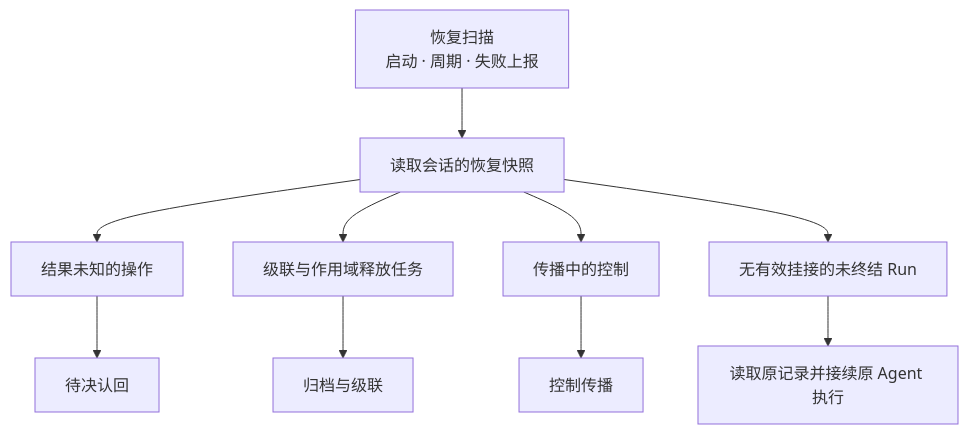
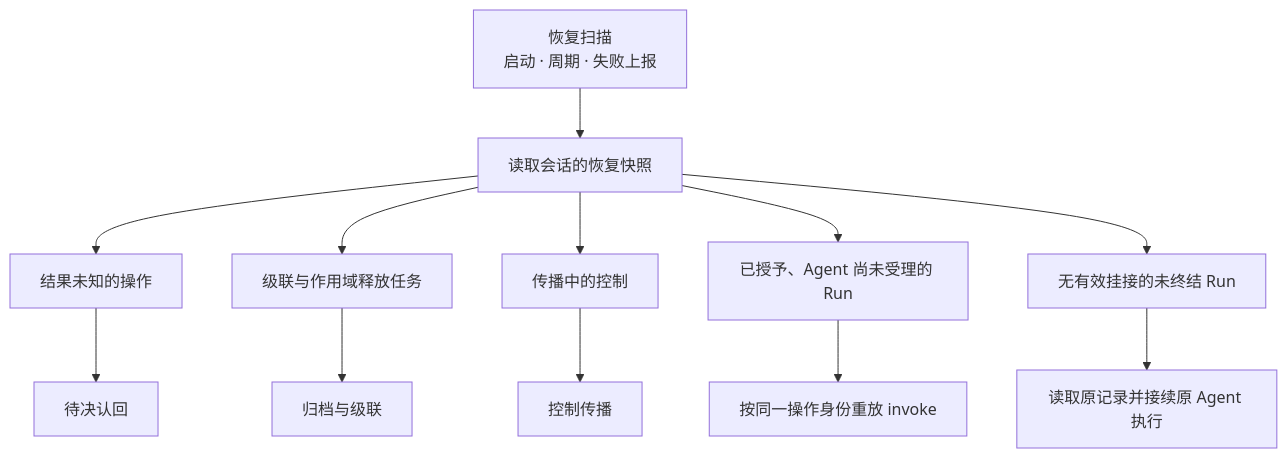
The third of 3 diagrams in docs/architecture/runtime/control-and-recovery.md (nemori-ai/omne-harness-lite), drawn with Mermaid before and after one commit. The commit also changed other lines of this file and 12 other files, not shown here.

````diff
--- a/docs/architecture/runtime/control-and-recovery.md
+++ b/docs/architecture/runtime/control-and-recovery.md
@@ -131,8 +136,9 @@
 ```mermaid
 flowchart TD
     Scan[恢复扫描<br/>启动 · 周期 · 失败上报] --> Snapshot[读取会话的恢复快照]
     Snapshot --> Unknown[结果未知的操作] --> Requery[待决认回]
     Snapshot --> Tasks[级联与作用域释放任务] --> Archive[归档与级联]
     Snapshot --> Controls[传播中的控制] --> Propagate[控制传播]
+    Snapshot --> Granted[已授予、Agent 尚未受理的 Run] --> Replay[按同一操作身份重放 invoke]
     Snapshot --> ActiveRun[无有效挂接的未终结 Run] --> Resume[读取原记录并接续原 Agent 执行]
 ```
````
